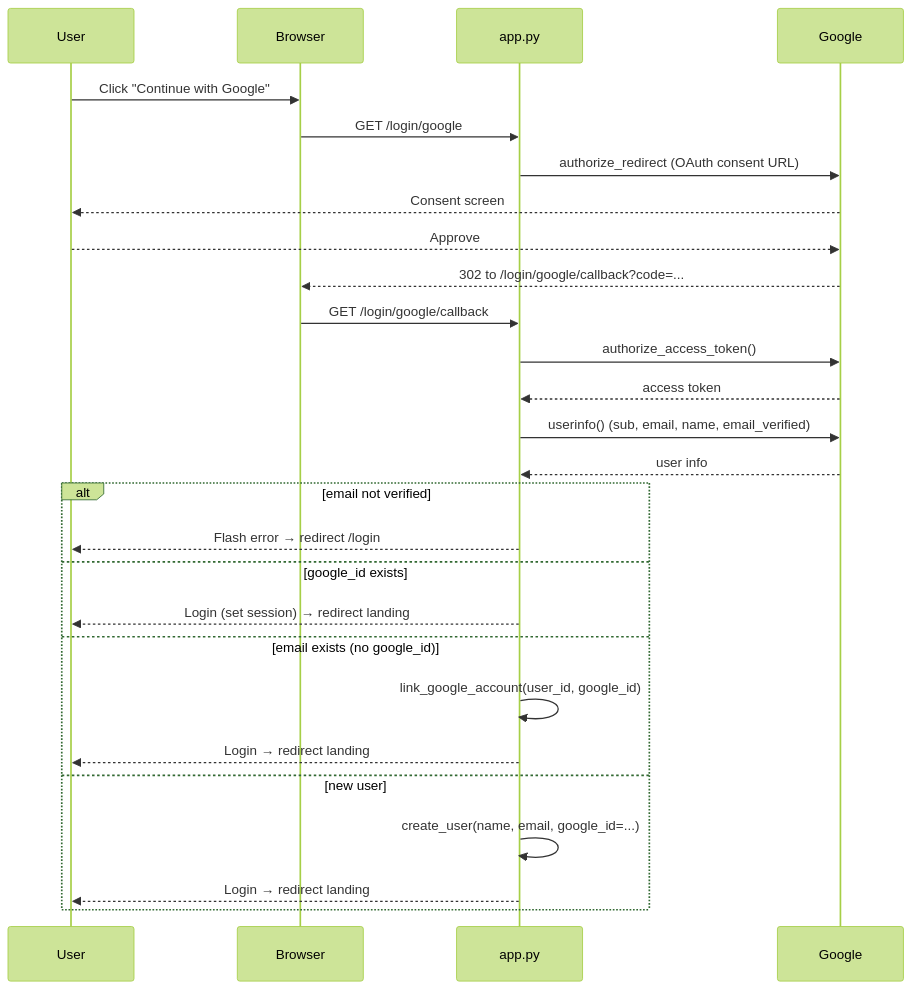
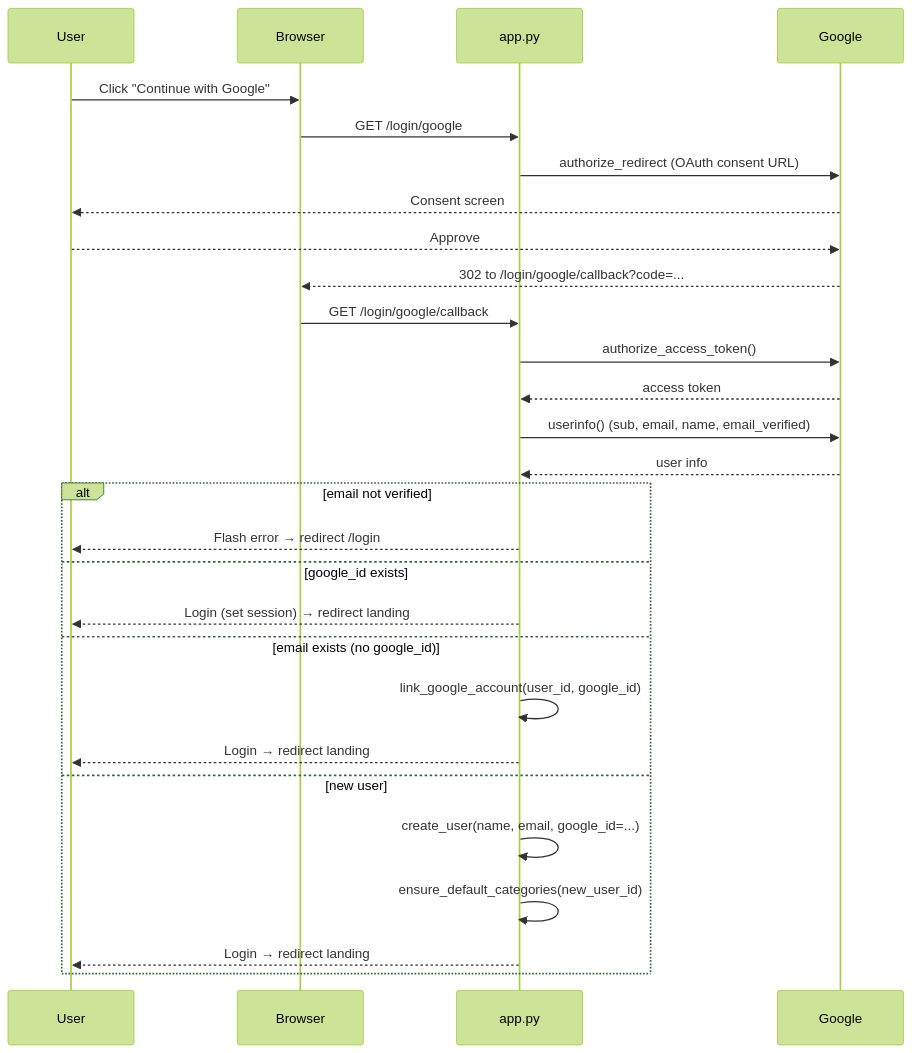
Before and after one commit to sonusuman147/spendly: the third of 4 diagrams in PROJECT_DOCUMENTATION.md, drawn with Mermaid (forest theme). The commit also changed other lines of this file and 1 other file, not shown here.

````diff
--- a/PROJECT_DOCUMENTATION.md
+++ b/PROJECT_DOCUMENTATION.md
@@ -458,30 +608,31 @@
 ```mermaid
 sequenceDiagram
     participant U as User
     participant B as Browser
     participant A as app.py
     participant G as Google
 
     U->>B: Click "Continue with Google"
     B->>A: GET /login/google
     A->>G: authorize_redirect (OAuth consent URL)
     G-->>U: Consent screen
     U-->>G: Approve
     G-->>B: 302 to /login/google/callback?code=...
     B->>A: GET /login/google/callback
     A->>G: authorize_access_token()
     G-->>A: access token
     A->>G: userinfo() (sub, email, name, email_verified)
     G-->>A: user info
     alt email not verified
         A-->>U: Flash error → redirect /login
     else google_id exists
         A-->>U: Login (set session) → redirect landing
     else email exists (no google_id)
         A->>A: link_google_account(user_id, google_id)
         A-->>U: Login → redirect landing
     else new user
         A->>A: create_user(name, email, google_id=...)
+        A->>A: ensure_default_categories(new_user_id)
         A-->>U: Login → redirect landing
     end
 ```
````
